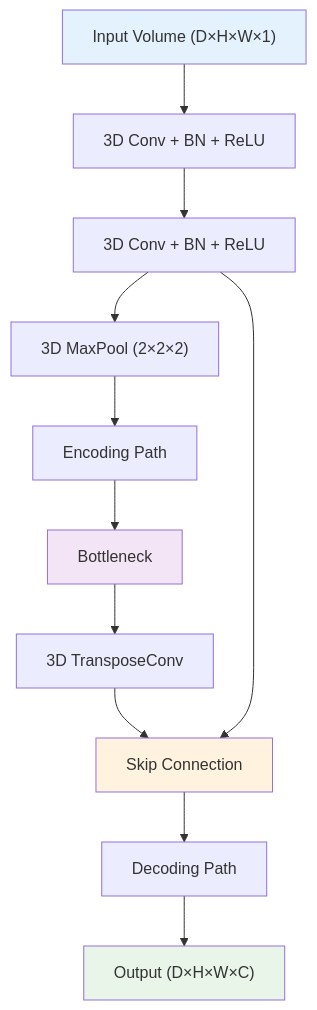
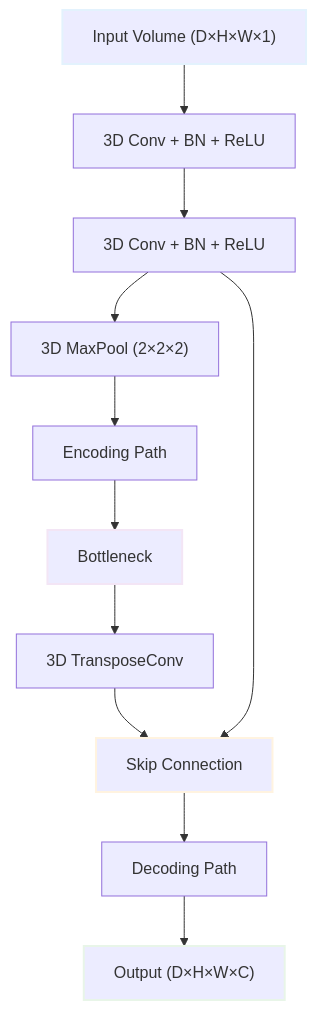
The diagram in 스터디/IS_14_applications.md (c0z0c/sprint_mission), drawn with Mermaid before and after one commit. The commit also changed 14 other files, not shown here.

````diff
--- a/스터디/IS_14_applications.md
+++ b/스터디/IS_14_applications.md
@@ -89,18 +89,18 @@
 ```mermaid
 graph TB
     A["Input Volume (D×H×W×1)"] --> B["3D Conv + BN + ReLU"]
     B --> C["3D Conv + BN + ReLU"]
     C --> D["3D MaxPool (2×2×2)"]
     D --> E["Encoding Path"]
     E --> F["Bottleneck"]
     F --> G["3D TransposeConv"]
     G --> H["Skip Connection"]
     C --> H
     H --> I["Decoding Path"]
     I --> J["Output (D×H×W×C)"]
     
-    style A fill:#e3f2fd
-    style F fill:#f3e5f5
-    style H fill:#fff3e0
-    style J fill:#e8f5e8
+    style A stroke-width:2px,stroke:#e3f2fd
+    style F stroke-width:2px,stroke:#f3e5f5
+    style H stroke-width:2px,stroke:#fff3e0
+    style J stroke-width:2px,stroke:#e8f5e8
 ```
````
